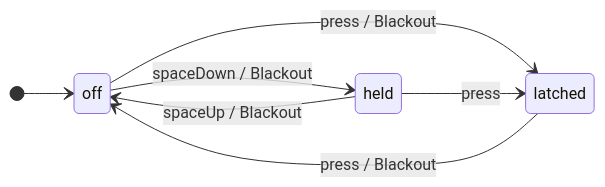
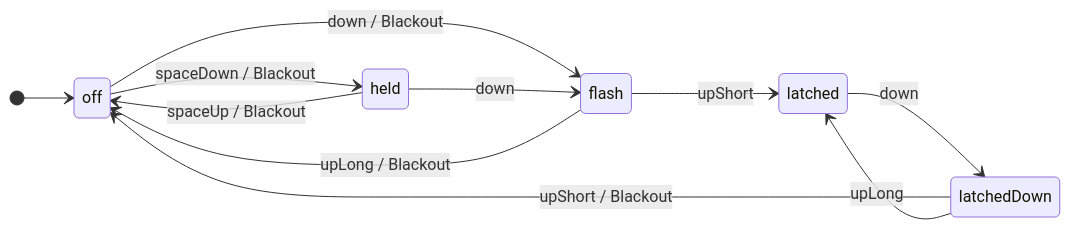
The fourth of 10 diagrams in docs/design/controls.md (abossard/bossylights), drawn with Mermaid before and after one commit. The commit also changed other lines of this file and 41 other files, not shown here.

````diff
--- a/docs/design/controls.md
+++ b/docs/design/controls.md
@@ -405,10 +408,14 @@
 ```mermaid
 stateDiagram-v2
   direction LR
   [*] --> off
-  off --> latched: press / Blackout
+  off --> flash: down / Blackout
   off --> held: spaceDown / Blackout
-  held --> latched: press
+  flash --> latched: upShort
+  flash --> off: upLong / Blackout
+  latched --> latchedDown: down
+  latchedDown --> off: upShort / Blackout
+  latchedDown --> latched: upLong
+  held --> flash: down
   held --> off: spaceUp / Blackout
-  latched --> off: press / Blackout
 ```
````
